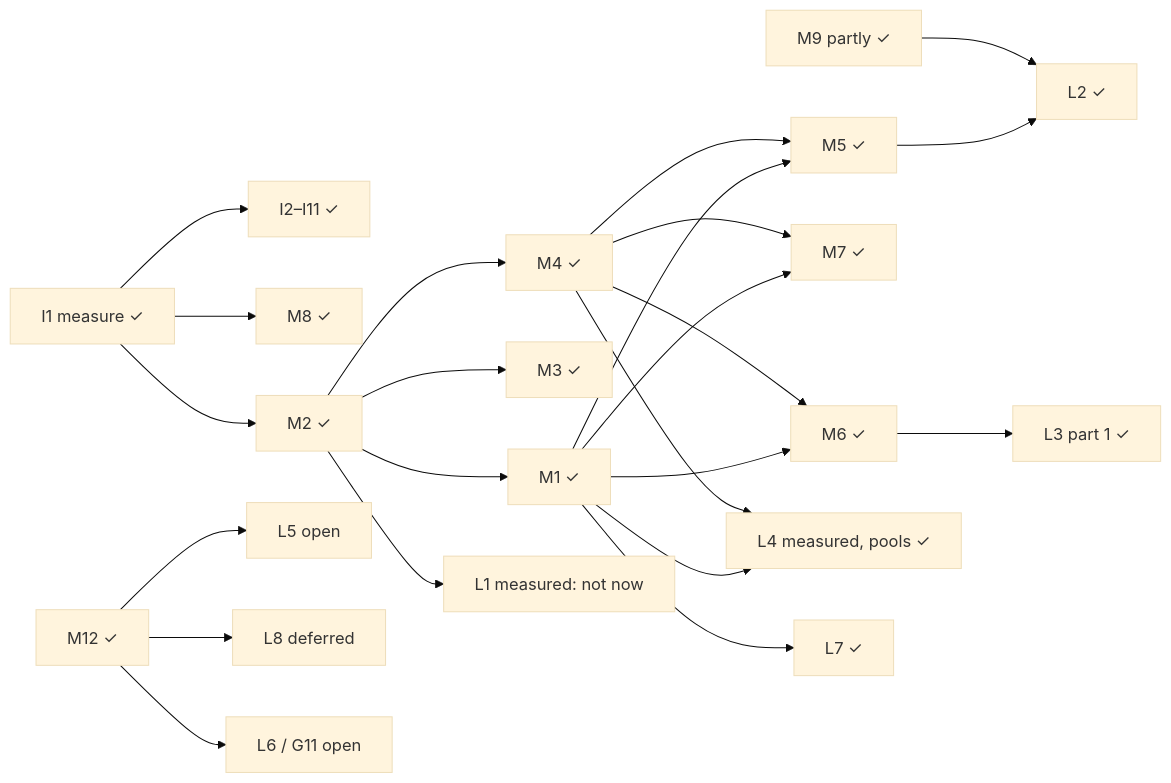
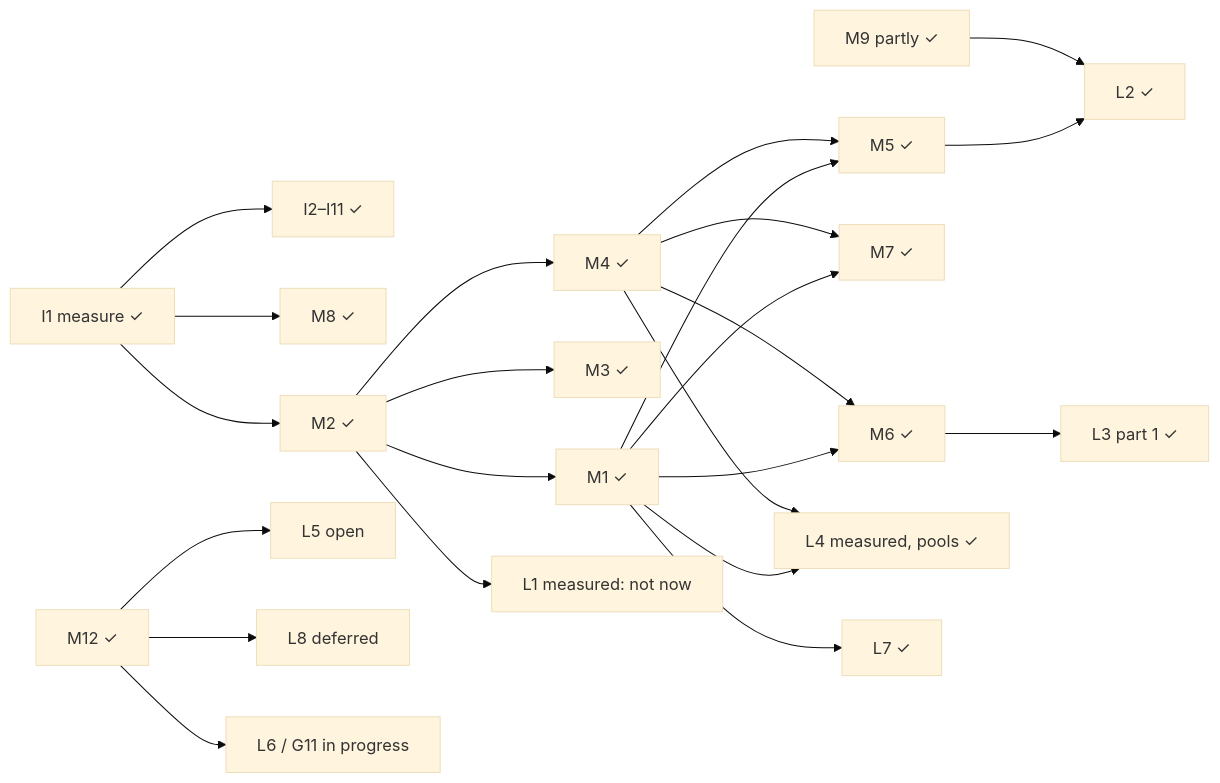
Before and after one commit to MrBearson321/Axcenity-Engine: the diagram in wiki/Roadmap/Current-Roadmap.md, drawn with Mermaid (base theme). The commit also changed other lines of this file and 27 other files, not shown here.

````diff
--- a/wiki/Roadmap/Current-Roadmap.md
+++ b/wiki/Roadmap/Current-Roadmap.md
@@ -17,16 +17,16 @@
 ```mermaid
 flowchart LR
   I1[I1 measure ✓] --> T1["I2–I11 ✓"]
   I1 --> M8[M8 ✓] & M2[M2 ✓]
   M2 --> M1[M1 ✓] & M3[M3 ✓] & M4[M4 ✓]
   M1 & M4 --> M5[M5 ✓] & M6[M6 ✓] & M7[M7 ✓]
   M5 --> L2[L2 ✓]
   M9[M9 partly ✓] --> L2
   M6 --> L3[L3 part 1 ✓]
   M1 & M4 --> L4[L4 measured, pools ✓]
   M2 --> L1[L1 measured: not now]
   M1 --> L7[L7 ✓]
   M12[M12 ✓] --> L5[L5 open]
   M12 --> L8[L8 deferred]
-  M12 --> L6[L6 / G11 open]
+  M12 --> L6[L6 / G11 in progress]
 ```
````
